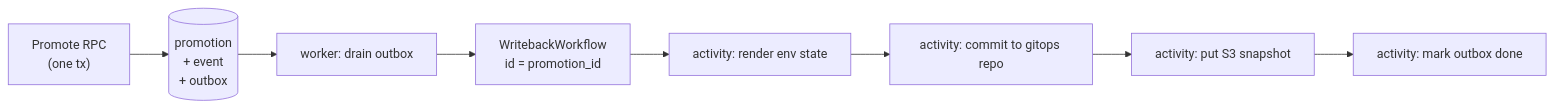
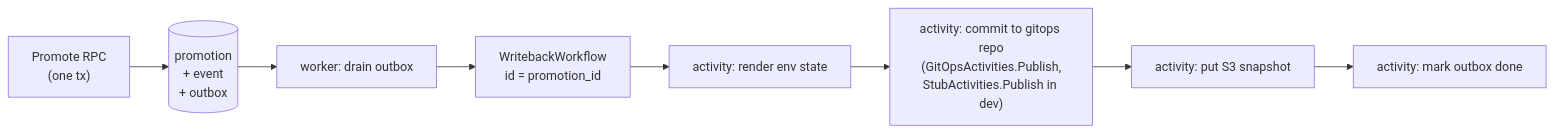
One commit to whale-net/everything changed the diagram in tools/app_registry/architecture/12-writeback-outbox-temporal.md. Above: the diagram before and after it, drawn with Mermaid. The commit also changed other lines of this file and 1 other file, not shown here.

First line of the commit message:
docs(app_registry): document real writeback Publish + confirm gitops_path dead

````diff
--- a/tools/app_registry/architecture/12-writeback-outbox-temporal.md
+++ b/tools/app_registry/architecture/12-writeback-outbox-temporal.md
@@ -12,10 +12,10 @@
 ```mermaid
 graph LR
     P["Promote RPC<br/>(one tx)"] --> DB[("promotion<br/>+ event<br/>+ outbox")]
     DB --> D["worker: drain outbox"]
     D --> W["WritebackWorkflow<br/>id = promotion_id"]
     W --> A1["activity: render env state"]
-    A1 --> A2["activity: commit to gitops repo"]
+    A1 --> A2["activity: commit to gitops repo<br/>(GitOpsActivities.Publish,<br/>StubActivities.Publish in dev)"]
     A2 --> A3["activity: put S3 snapshot"]
     A3 --> A4["activity: mark outbox done"]
 ```
````
